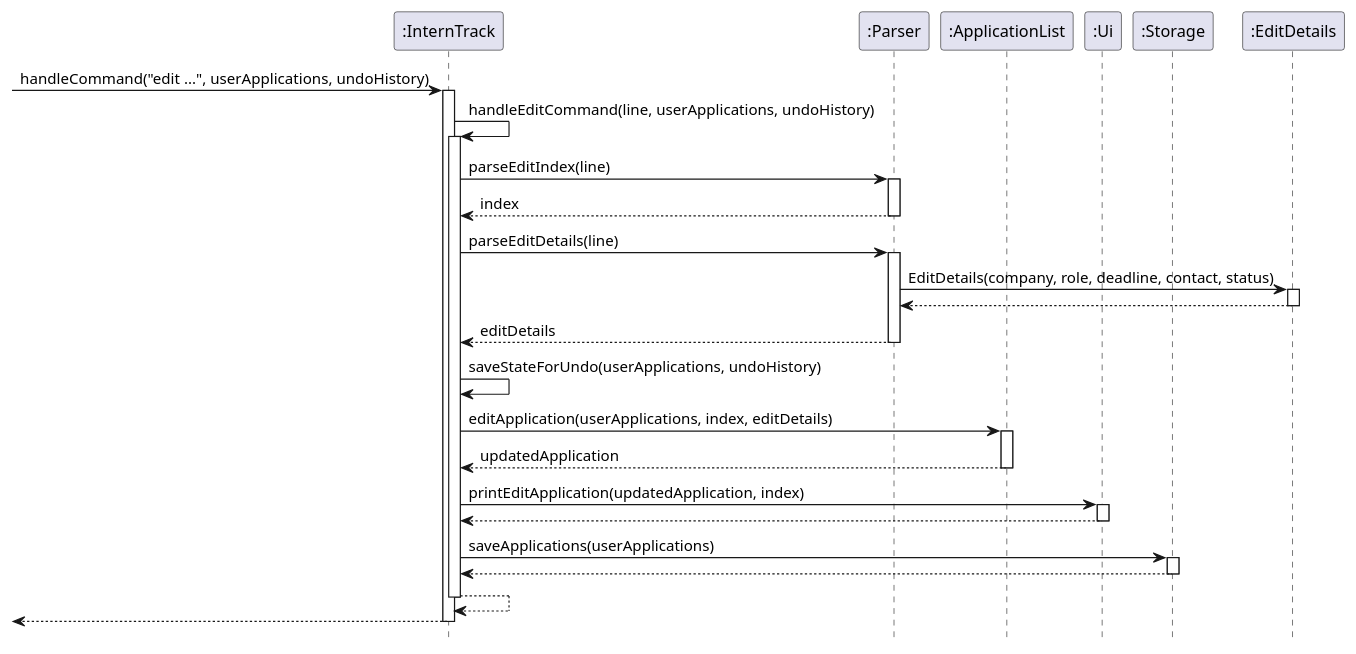
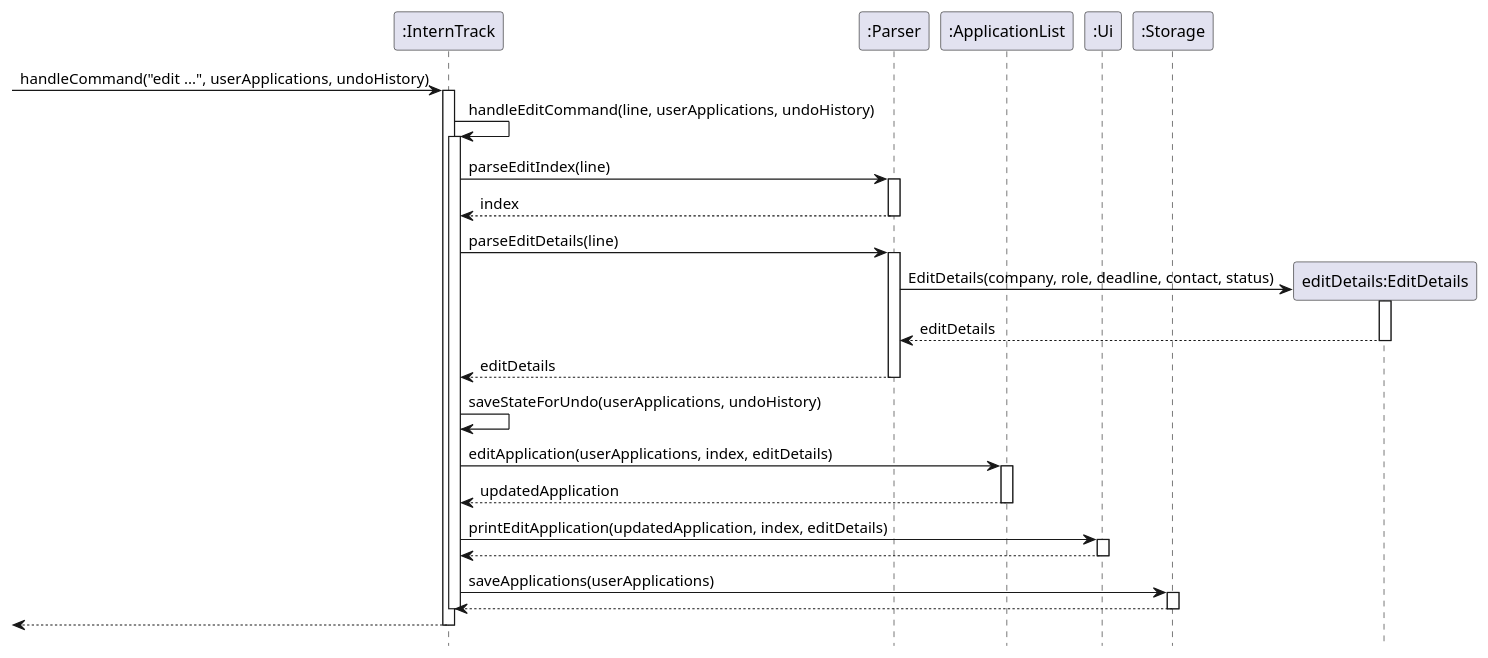
The diagram in docs/diagrams/edit_sequence_diag.puml (BaoLam194/tp), drawn with PlantUML before and after one commit. The commit also changed 8 other files, not shown here.

```diff
--- a/docs/diagrams/edit_sequence_diag.puml
+++ b/docs/diagrams/edit_sequence_diag.puml
@@ -1,53 +1,51 @@
 @startuml
 hide footbox
 
 participant ":InternTrack" as InternTrack
 participant ":Parser" as Parser
 participant ":ApplicationList" as ApplicationList
 participant ":Ui" as Ui
 participant ":Storage" as Storage
-participant ":EditDetails" as EditDetails
 
 [-> InternTrack : handleCommand("edit ...", userApplications, undoHistory)
 activate InternTrack
 
 InternTrack -> InternTrack : handleEditCommand(line, userApplications, undoHistory)
 activate InternTrack
 
 InternTrack -> Parser : parseEditIndex(line)
 activate Parser
 Parser --> InternTrack : index
 deactivate Parser
 
 InternTrack -> Parser : parseEditDetails(line)
 activate Parser
 create "editDetails:EditDetails" as EditDetails
 Parser -> EditDetails : EditDetails(company, role, deadline, contact, status)
 activate EditDetails
-EditDetails --> Parser
+EditDetails --> Parser : editDetails
 deactivate EditDetails
 Parser --> InternTrack : editDetails
 deactivate Parser
 
 InternTrack -> InternTrack : saveStateForUndo(userApplications, undoHistory)
 
 InternTrack -> ApplicationList : editApplication(userApplications, index, editDetails)
 activate ApplicationList
 ApplicationList --> InternTrack : updatedApplication
 deactivate ApplicationList
 
-InternTrack -> Ui : printEditApplication(updatedApplication, index)
+InternTrack -> Ui : printEditApplication(updatedApplication, index, editDetails)
 activate Ui
 Ui --> InternTrack
 deactivate Ui
 
 InternTrack -> Storage : saveApplications(userApplications)
 activate Storage
 Storage --> InternTrack
 deactivate Storage
 
-InternTrack --> InternTrack
 deactivate InternTrack
 [<-- InternTrack
 deactivate InternTrack
 @enduml
```
